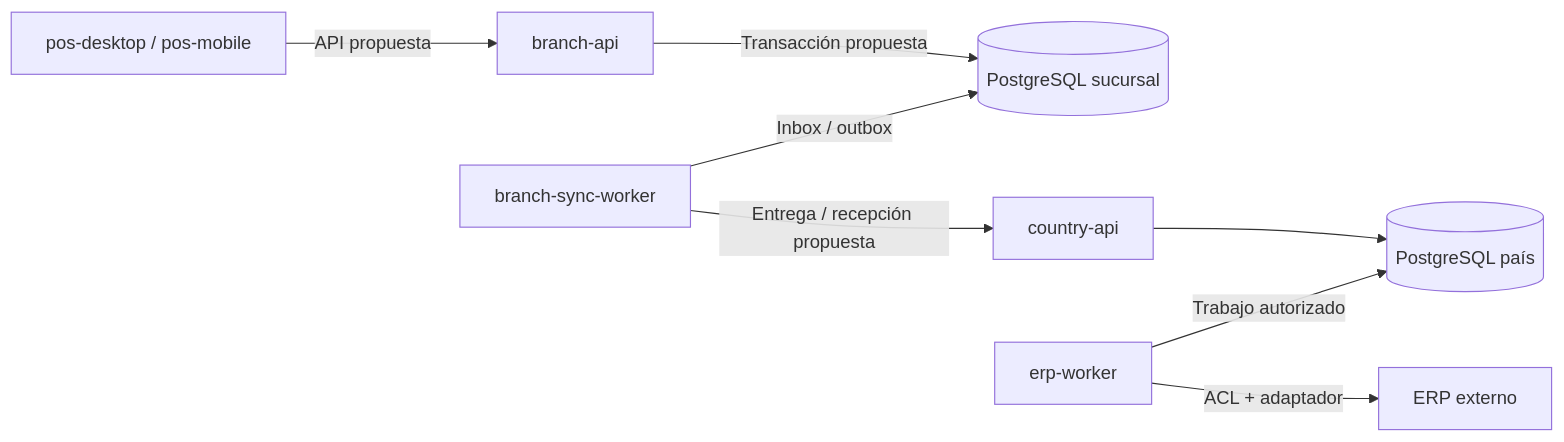
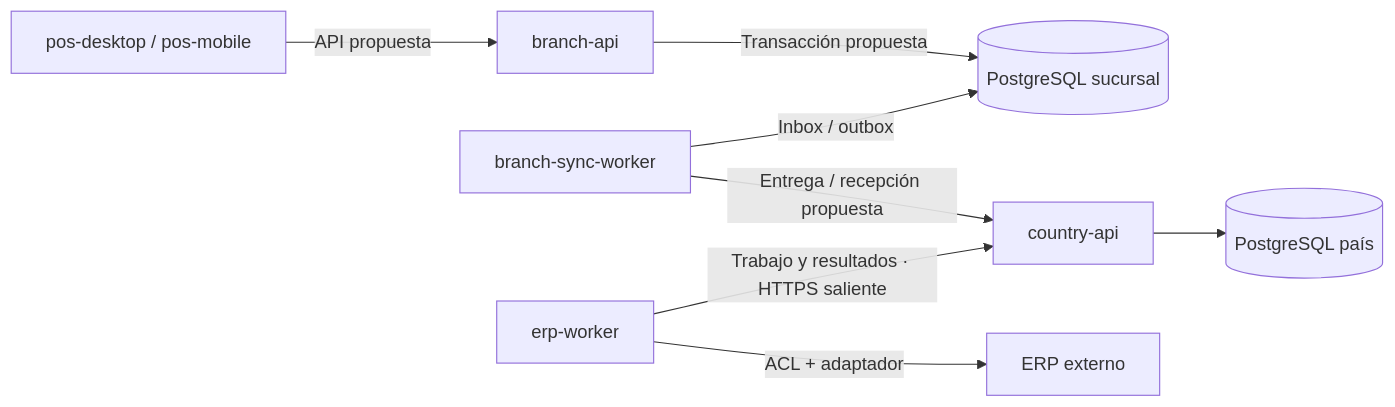
One commit to developer-implementos/pos-docs changed the diagram in docs/monorepo.md. Above: the diagram before and after it, drawn with Mermaid. The commit also changed other lines of this file and 72 other files, not shown here.

Commit message:
docs: map C4 components to applications and clarify country cache and ERP topology

````diff
--- a/docs/monorepo.md
+++ b/docs/monorepo.md
@@ -195,10 +197,10 @@
 ```mermaid
 flowchart LR
     Client["pos-desktop / pos-mobile"] -->|"API propuesta"| Branch["branch-api"]
     Branch -->|"Transacción propuesta"| Local[("PostgreSQL sucursal")]
     Sync["branch-sync-worker"] -->|"Entrega / recepción propuesta"| Country["country-api"]
     Sync -->|"Inbox / outbox"| Local
     Country --> Central[("PostgreSQL país")]
-    ERP["erp-worker"] -->|"Trabajo autorizado"| Central
+    ERP["erp-worker"] -->|"Trabajo y resultados · HTTPS saliente"| Country
     ERP -->|"ACL + adaptador"| External["ERP externo"]
 ```
````
